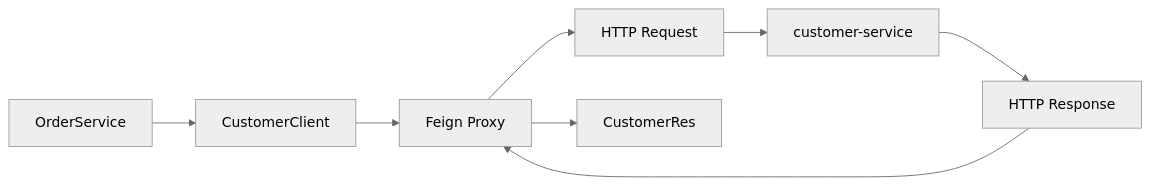
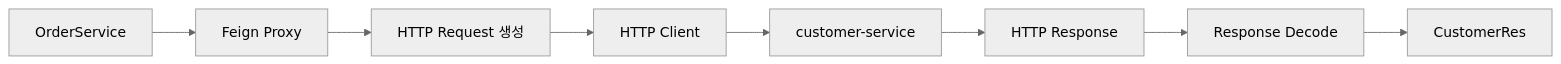
The first of 3 diagrams in _posts/2026-08-13-spring-cloud-openfeign.md (jw3418/jw3418.github.io), drawn with Mermaid (neutral theme) before and after one commit. The commit also changed other lines of this file, not shown here.

First line of the commit message:
Revise Spring Cloud OpenFeign post for clarity and detail

````diff
--- a/_posts/2026-08-13-spring-cloud-openfeign.md
+++ b/_posts/2026-08-13-spring-cloud-openfeign.md
@@ -188,10 +223,10 @@
 ```mermaid
 flowchart LR
-    A["OrderService"] --> B["CustomerClient"]
-    B --> C["Feign Proxy"]
-    C --> D["HTTP Request"]
+    A["OrderService"] --> B["Feign Proxy"]
+    B --> C["HTTP Request 생성"]
+    C --> D["HTTP Client"]
     D --> E["customer-service"]
     E --> F["HTTP Response"]
-    F --> C
-    C --> G["CustomerRes"]
+    F --> G["Response Decode"]
+    G --> H["CustomerRes"]
 ```
````
